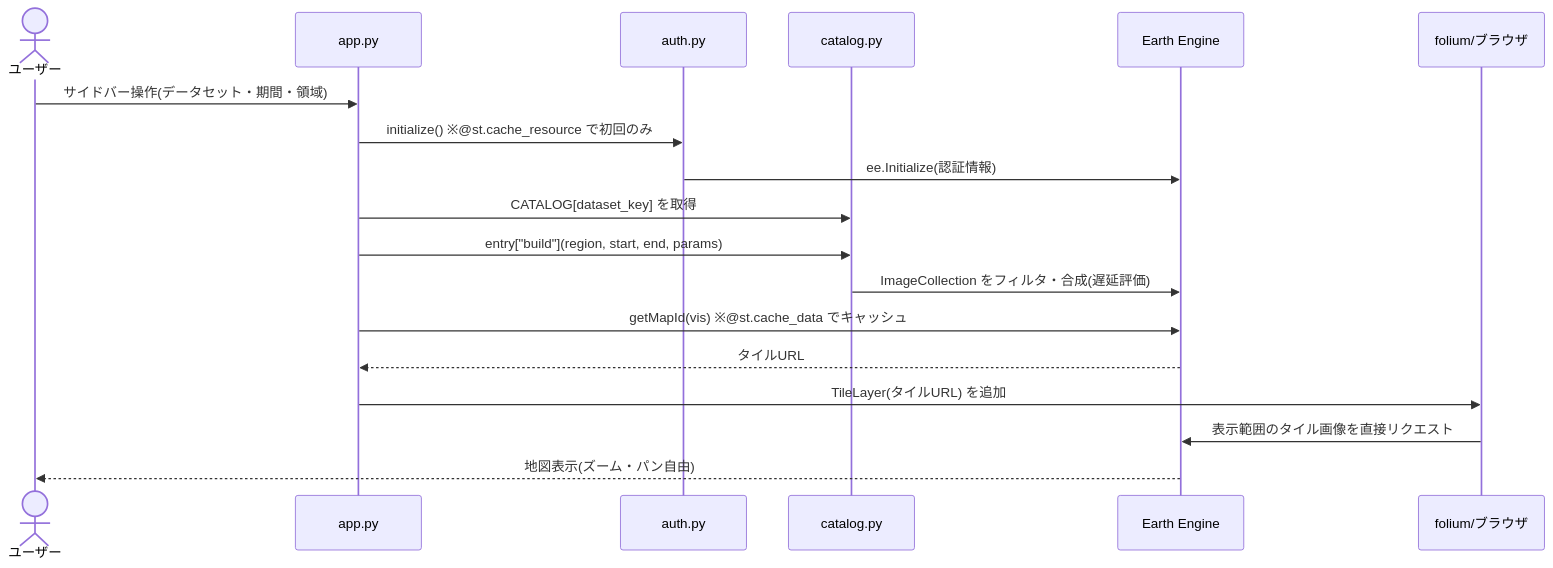
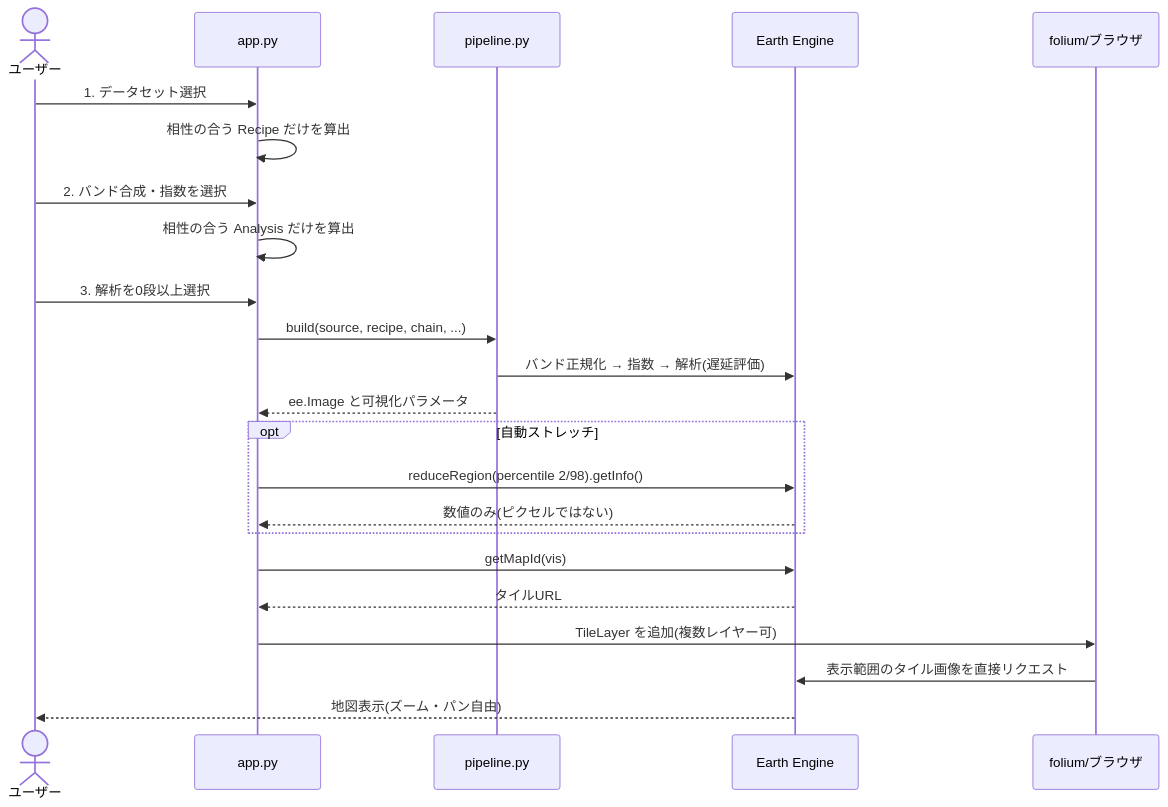
Before and after one commit to yoshida-shinnosuke/gee-viewer-fix: the fourth of 6 diagrams in docs/architecture.md, drawn with Mermaid. The commit also changed other lines of this file and 12 other files, not shown here.

First line of the commit message:
Rebuild pipeline as composable Source/Recipe/Analysis architecture

````diff
--- a/docs/architecture.md
+++ b/docs/architecture.md
@@ -49,21 +167,26 @@
 ```mermaid
 sequenceDiagram
     actor User as ユーザー
     participant App as app.py
-    participant Auth as auth.py
-    participant Cat as catalog.py
+    participant Pipe as pipeline.py
     participant EE as Earth Engine
     participant Map as folium/ブラウザ
 
-    User->>App: サイドバー操作(データセット・期間・領域)
-    App->>Auth: initialize() ※@st.cache_resource で初回のみ
-    Auth->>EE: ee.Initialize(認証情報)
-    App->>Cat: CATALOG[dataset_key] を取得
-    App->>Cat: entry["build"](region, start, end, params)
-    Cat->>EE: ImageCollection をフィルタ・合成(遅延評価)
-    App->>EE: getMapId(vis) ※@st.cache_data でキャッシュ
+    User->>App: 1. データセット選択
+    App->>App: 相性の合う Recipe だけを算出
+    User->>App: 2. バンド合成・指数を選択
+    App->>App: 相性の合う Analysis だけを算出
+    User->>App: 3. 解析を0段以上選択
+    App->>Pipe: build(source, recipe, chain, ...)
+    Pipe->>EE: バンド正規化 → 指数 → 解析(遅延評価)
+    Pipe-->>App: ee.Image と可視化パラメータ
+    opt 自動ストレッチ
+        App->>EE: reduceRegion(percentile 2/98).getInfo()
+        EE-->>App: 数値のみ(ピクセルではない)
+    end
+    App->>EE: getMapId(vis)
     EE-->>App: タイルURL
-    App->>Map: TileLayer(タイルURL) を追加
+    App->>Map: TileLayer を追加(複数レイヤー可)
     Map->>EE: 表示範囲のタイル画像を直接リクエスト
     EE-->>User: 地図表示(ズーム・パン自由)
 ```
````
